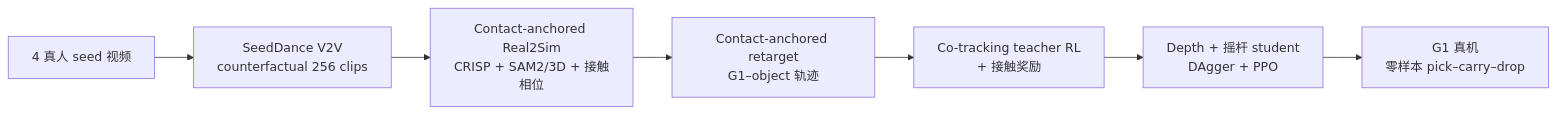
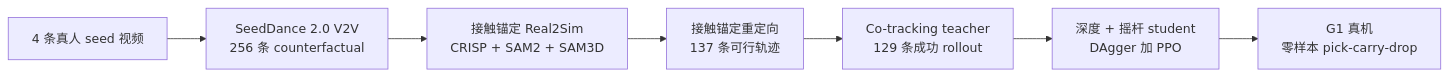
Before and after one commit to ImChong/Robotics_Notebooks: the diagram in wiki/entities/paper-prism-real2sim2real.md, drawn with Mermaid. The commit also changed other lines of this file and 196 other files, not shown here.

````diff
--- a/wiki/entities/paper-prism-real2sim2real.md
+++ b/wiki/entities/paper-prism-real2sim2real.md
@@ -90,11 +82,11 @@
 ```mermaid
 flowchart LR
-  seed["4 真人 seed 视频"]
-  v2v["SeedDance V2V\ncounterfactual 256 clips"]
-  r2s["Contact-anchored Real2Sim\nCRISP + SAM2/3D + 接触相位"]
-  ret["Contact-anchored retarget\nG1–object 轨迹"]
-  teach["Co-tracking teacher RL\n+ 接触奖励"]
-  stud["Depth + 摇杆 student\nDAgger + PPO"]
-  real["G1 真机\n零样本 pick–carry–drop"]
+  seed["4 条真人 seed 视频"]
+  v2v["SeedDance 2.0 V2V<br/>256 条 counterfactual"]
+  r2s["接触锚定 Real2Sim<br/>CRISP + SAM2 + SAM3D"]
+  ret["接触锚定重定向<br/>137 条可行轨迹"]
+  teach["Co-tracking teacher<br/>129 条成功 rollout"]
+  stud["深度 + 摇杆 student<br/>DAgger 加 PPO"]
+  real["G1 真机<br/>零样本 pick-carry-drop"]
   seed --> v2v --> r2s --> ret --> teach --> stud --> real
 ```
````
